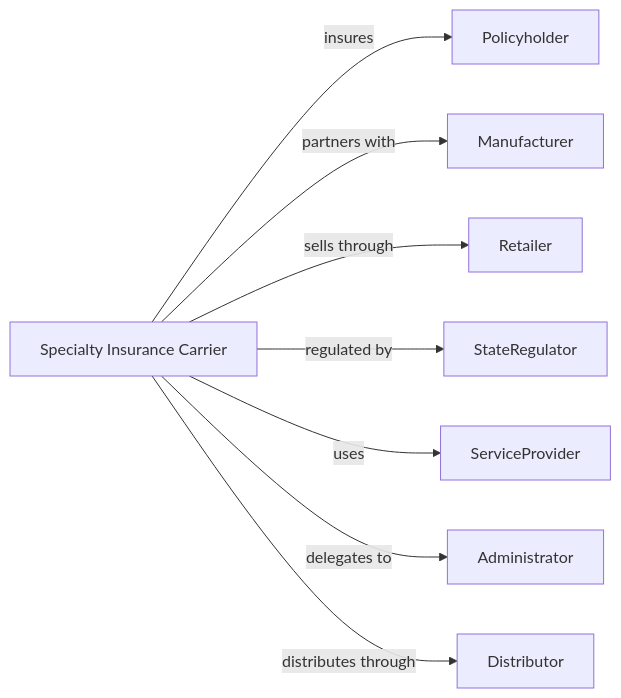
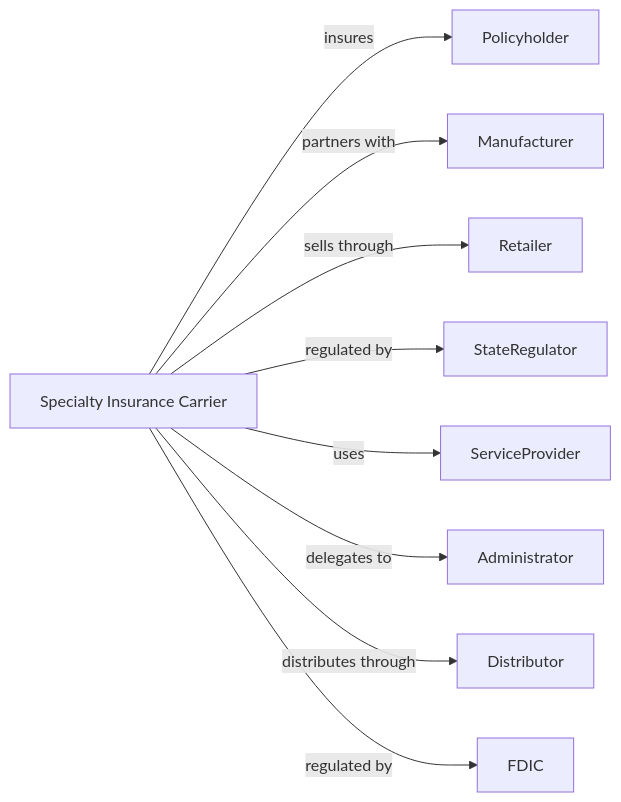
The second of 2 diagrams in Finance/InsuranceCarriersAndRelatedActivities/InsuranceCarriers/OtherDirectInsuranceExceptLifeHealthAndMedicalCarriers.mdx (dot-org-ai/industries.org.ai), drawn with Mermaid before and after one commit. The commit also changed 588 other files, not shown here.

````diff
--- a/Finance/InsuranceCarriersAndRelatedActivities/InsuranceCarriers/OtherDirectInsuranceExceptLifeHealthAndMedicalCarriers.mdx
+++ b/Finance/InsuranceCarriersAndRelatedActivities/InsuranceCarriers/OtherDirectInsuranceExceptLifeHealthAndMedicalCarriers.mdx
@@ -128,12 +128,13 @@
 ```mermaid
 graph LR
     SIC[Specialty Insurance Carrier]
 
     SIC -->|insures| Policyholder
     SIC -->|partners with| Manufacturer
     SIC -->|sells through| Retailer
     SIC -->|regulated by| StateRegulator
     SIC -->|uses| ServiceProvider
     SIC -->|delegates to| Administrator
     SIC -->|distributes through| Distributor
+    SIC -->|regulated by| FDIC
 ```
````
